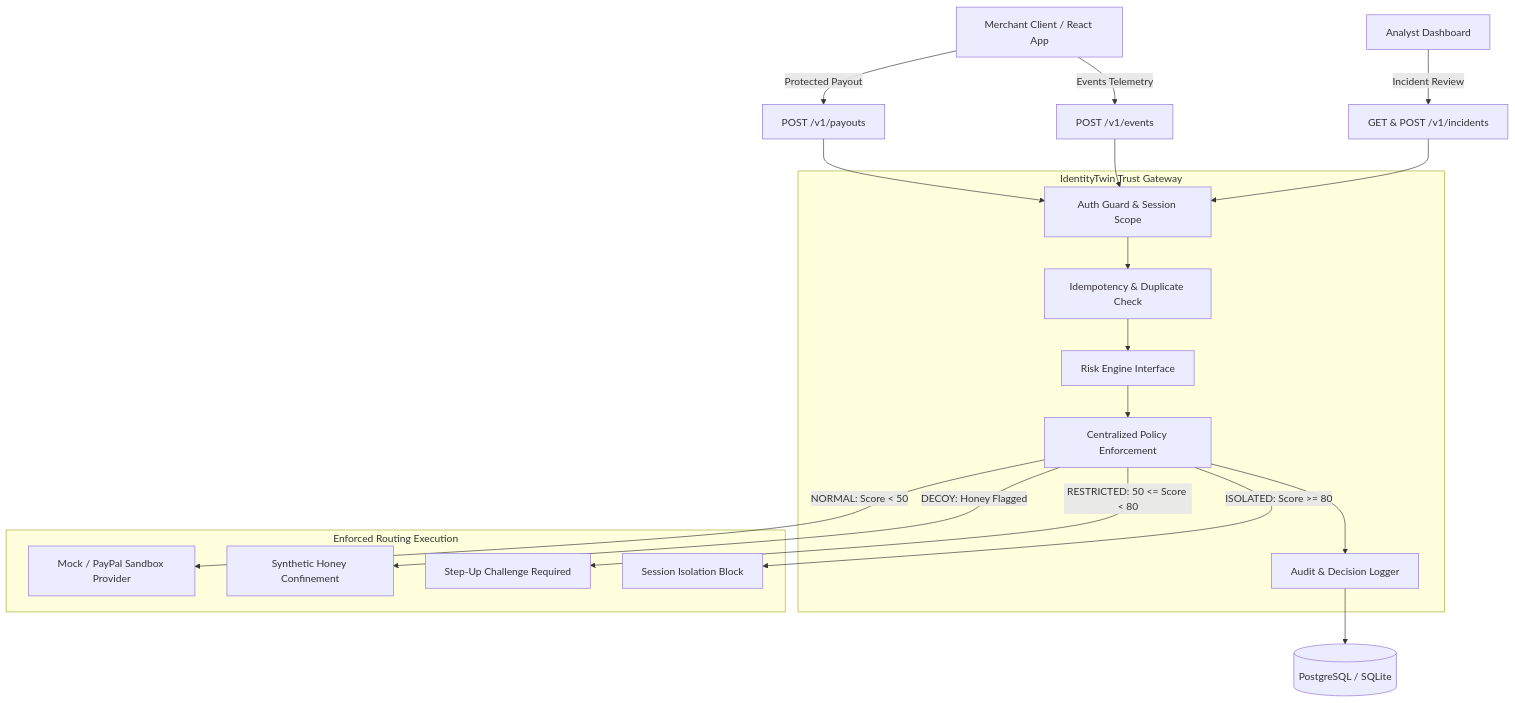
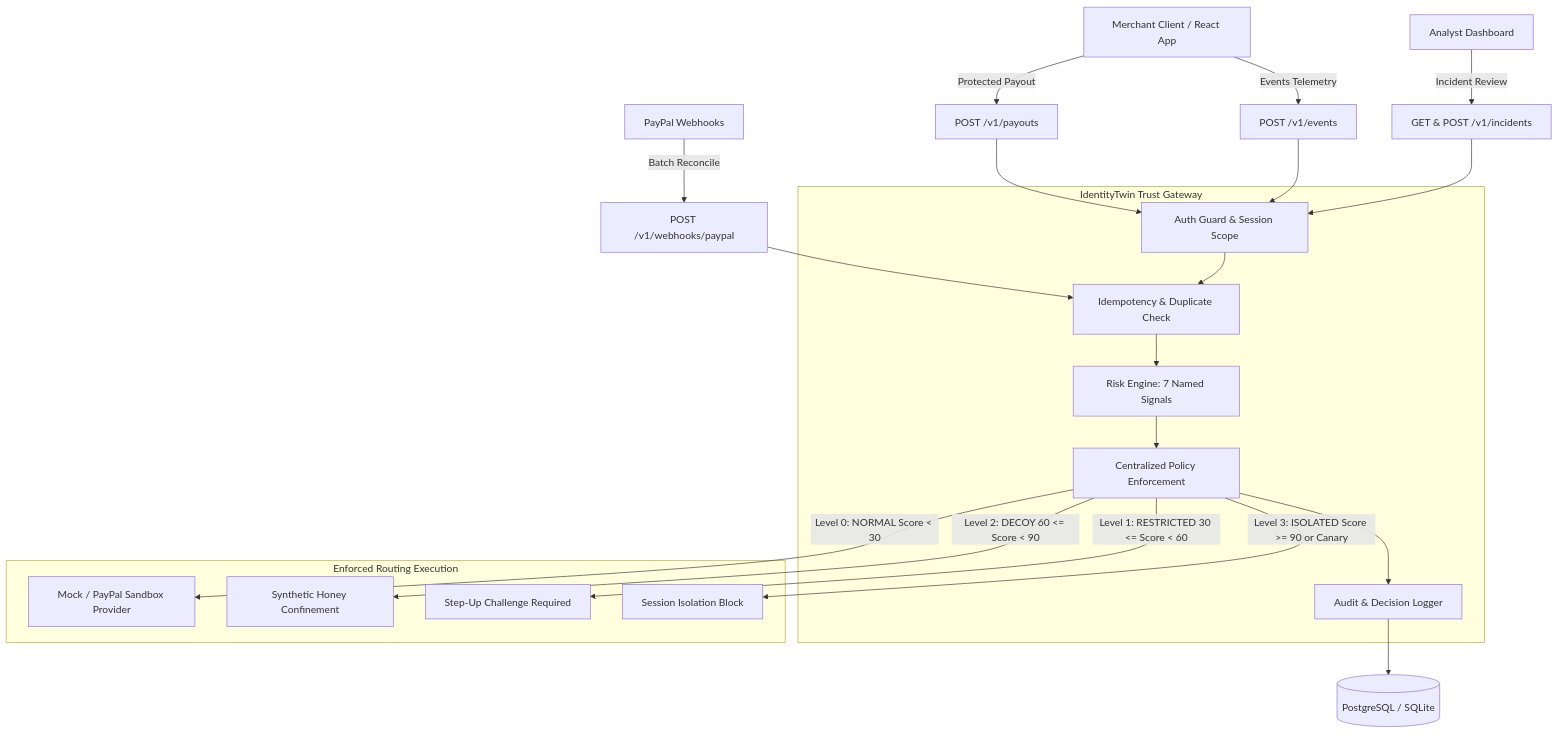
The diagram in README.md (castiel0312/IdentityTwin), drawn with Mermaid before and after one commit. The commit also changed other lines of this file and 18 other files, not shown here.

````diff
--- a/README.md
+++ b/README.md
@@ -33,34 +33,36 @@
 ```mermaid
 graph TD
     Client[Merchant Client / React App] -->|Events Telemetry| E[POST /v1/events]
     Client -->|Protected Payout| P[POST /v1/payouts]
     Analyst[Analyst Dashboard] -->|Incident Review| I[GET & POST /v1/incidents]
+    PayPal[PayPal Webhooks] -->|Batch Reconcile| W[POST /v1/webhooks/paypal]
 
     subgraph TrustGateway[IdentityTwin Trust Gateway]
         Auth[Auth Guard & Session Scope]
         Idem[Idempotency & Duplicate Check]
-        Risk[Risk Engine Interface]
+        Risk[Risk Engine: 7 Named Signals]
         Policy[Centralized Policy Enforcement]
         Audit[Audit & Decision Logger]
     end
 
     P --> Auth
     E --> Auth
     I --> Auth
+    W --> Idem
 
     Auth --> Idem --> Risk --> Policy --> Audit
 
     subgraph ExecutionDestinations[Enforced Routing Execution]
         Prov[Mock / PayPal Sandbox Provider]
         Decoy[Synthetic Honey Confinement]
         Rej[Step-Up Challenge Required]
         Block[Session Isolation Block]
     end
 
-    Policy -->|NORMAL: Score < 50| Prov
-    Policy -->|RESTRICTED: 50 <= Score < 80| Rej
-    Policy -->|DECOY: Honey Flagged| Decoy
-    Policy -->|ISOLATED: Score >= 80| Block
+    Policy -->|Level 0: NORMAL Score < 30| Prov
+    Policy -->|Level 1: RESTRICTED 30 <= Score < 60| Rej
+    Policy -->|Level 2: DECOY 60 <= Score < 90| Decoy
+    Policy -->|Level 3: ISOLATED Score >= 90 or Canary| Block
 
     Audit --> DB[(PostgreSQL / SQLite)]
 ```
````
